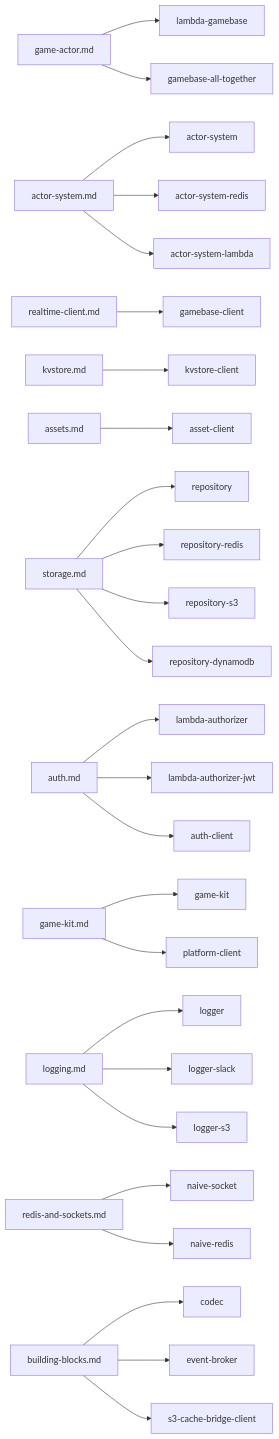
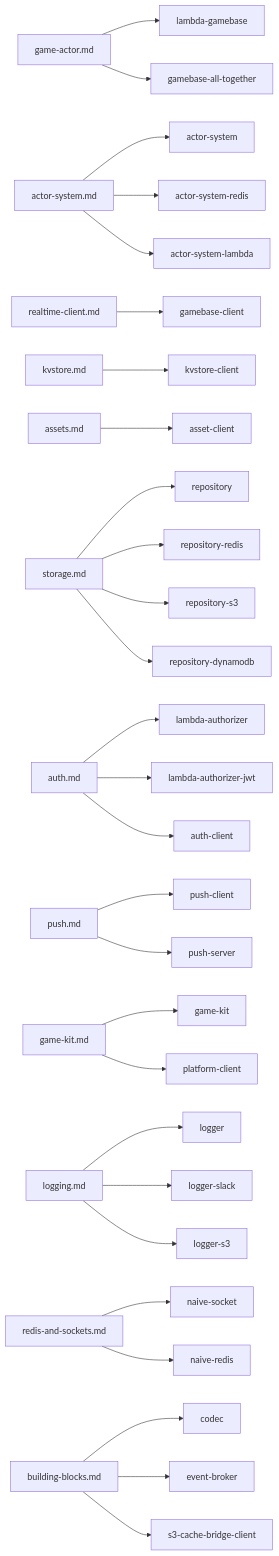
Before and after one commit to yingyeothon/tslib: the diagram in docs/README.md, drawn with Mermaid. The commit also changed other lines of this file and 28 other files, not shown here.

Commit message:
Add Android push client and server packages

````diff
--- a/docs/README.md
+++ b/docs/README.md
@@ -38,28 +38,30 @@
 ```mermaid
 flowchart LR
   GA["game-actor.md"] --> lambda-gamebase
   GA --> gamebase-all-together
   AS["actor-system.md"] --> actor-system
   AS --> actor-system-redis
   AS --> actor-system-lambda
   RC["realtime-client.md"] --> gamebase-client
   KV["kvstore.md"] --> kvstore-client
   AB["assets.md"] --> asset-client
   ST["storage.md"] --> repository
   ST --> repository-redis
   ST --> repository-s3
   ST --> repository-dynamodb
   AU["auth.md"] --> lambda-authorizer
   AU --> lambda-authorizer-jwt
   AU --> auth-client
+  PU["push.md"] --> push-client
+  PU --> push-server
   GK["game-kit.md"] --> game-kit
   GK --> platform-client
   LG["logging.md"] --> logger
   LG --> logger-slack
   LG --> logger-s3
   RS["redis-and-sockets.md"] --> naive-socket
   RS --> naive-redis
   BB["building-blocks.md"] --> codec
   BB --> event-broker
   BB --> s3-cache-bridge-client
 ```
````
